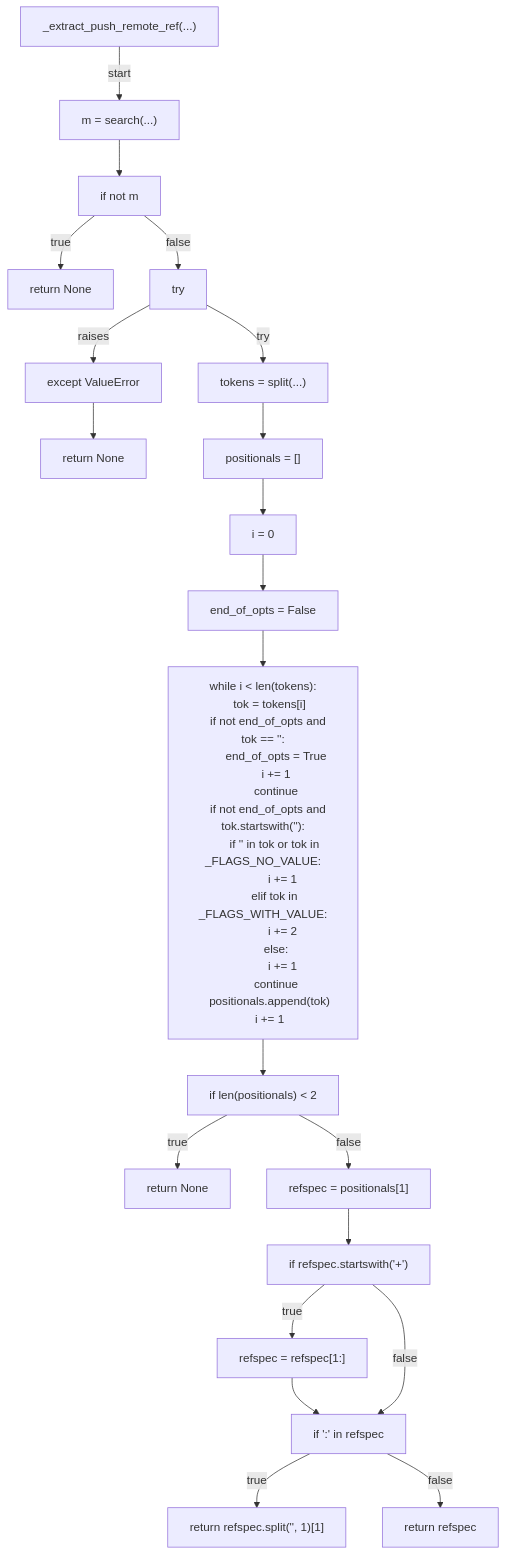
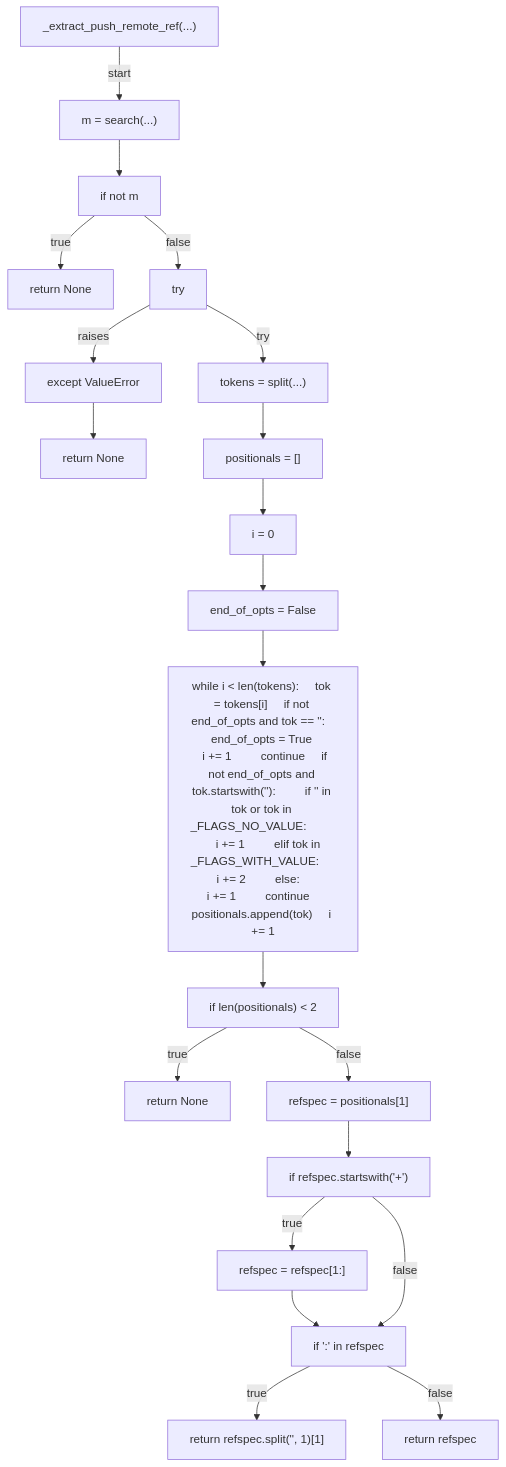
Before and after one commit to tvna/claude-md: the second of 4 diagrams in docs/generated/scripts/ast/preflight_push_session_branch.md, drawn with Mermaid. The commit also changed 29 other files, not shown here.

First line of the commit message:
docs(generated): regenerate decision tree and workflow diagrams (batch 3/5)

````diff
--- a/docs/generated/scripts/ast/preflight_push_session_branch.md
+++ b/docs/generated/scripts/ast/preflight_push_session_branch.md
@@ -16,58 +16,43 @@
 ```mermaid
 flowchart TD
     N001["_extract_push_remote_ref(...)"]
     N002["m = search(...)"]
     N003["if not m"]
     N004["return None"]
     N005["try"]
     N006["tokens = split(...)"]
     N007["except ValueError"]
     N008["return None"]
     N009["positionals = []"]
     N010["i = 0"]
     N011["end_of_opts = False"]
-    N012["while i < len(tokens):
-    tok = tokens[i]
-    if not end_of_opts and tok == '<str>':
-        end_of_opts = True
-        i += 1
-        continue
-    if not end_of_opts and tok.startswith('<str>'):
-        if '<str>' in tok or tok in _FLAGS_NO_VALUE:
-            i += 1
-        elif tok in _FLAGS_WITH_VALUE:
-            i += 2
-        else:
-            i += 1
-        continue
-    positionals.append(tok)
-    i += 1"]
+    N012["while i < len(tokens):     tok = tokens[i]     if not end_of_opts and tok == '<str>':         end_of_opts = True         i += 1         continue     if not end_of_opts and tok.startswith('<str>'):         if '<str>' in tok or tok in _FLAGS_NO_VALUE:             i += 1         elif tok in _FLAGS_WITH_VALUE:             i += 2         else:             i += 1         continue     positionals.append(tok)     i += 1"]
     N013["if len(positionals) < 2"]
     N014["return None"]
     N015["refspec = positionals[1]"]
     N016["if refspec.startswith('+')"]
     N017["refspec = refspec[1:]"]
     N018["if ':' in refspec"]
     N019["return refspec.split('<str>', 1)[1]"]
     N020["return refspec"]
     N001 -->|"start"| N002
     N002 --> N003
     N003 -->|"true"| N004
     N003 -->|"false"| N005
     N005 -->|"try"| N006
     N005 -->|"raises"| N007
     N007 --> N008
     N006 --> N009
     N009 --> N010
     N010 --> N011
     N011 --> N012
     N012 --> N013
     N013 -->|"true"| N014
     N013 -->|"false"| N015
     N015 --> N016
     N016 -->|"true"| N017
     N017 --> N018
     N016 -->|"false"| N018
     N018 -->|"true"| N019
     N018 -->|"false"| N020
 ```
````
